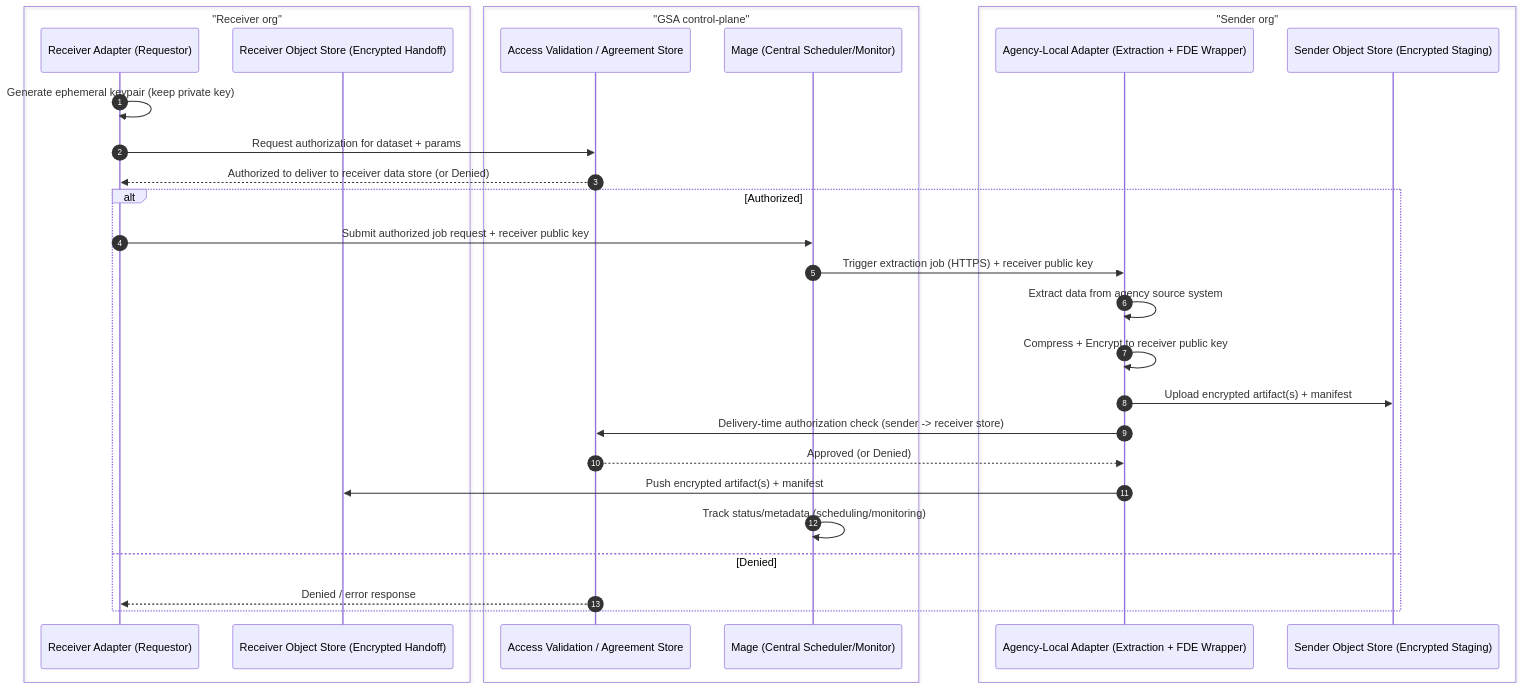
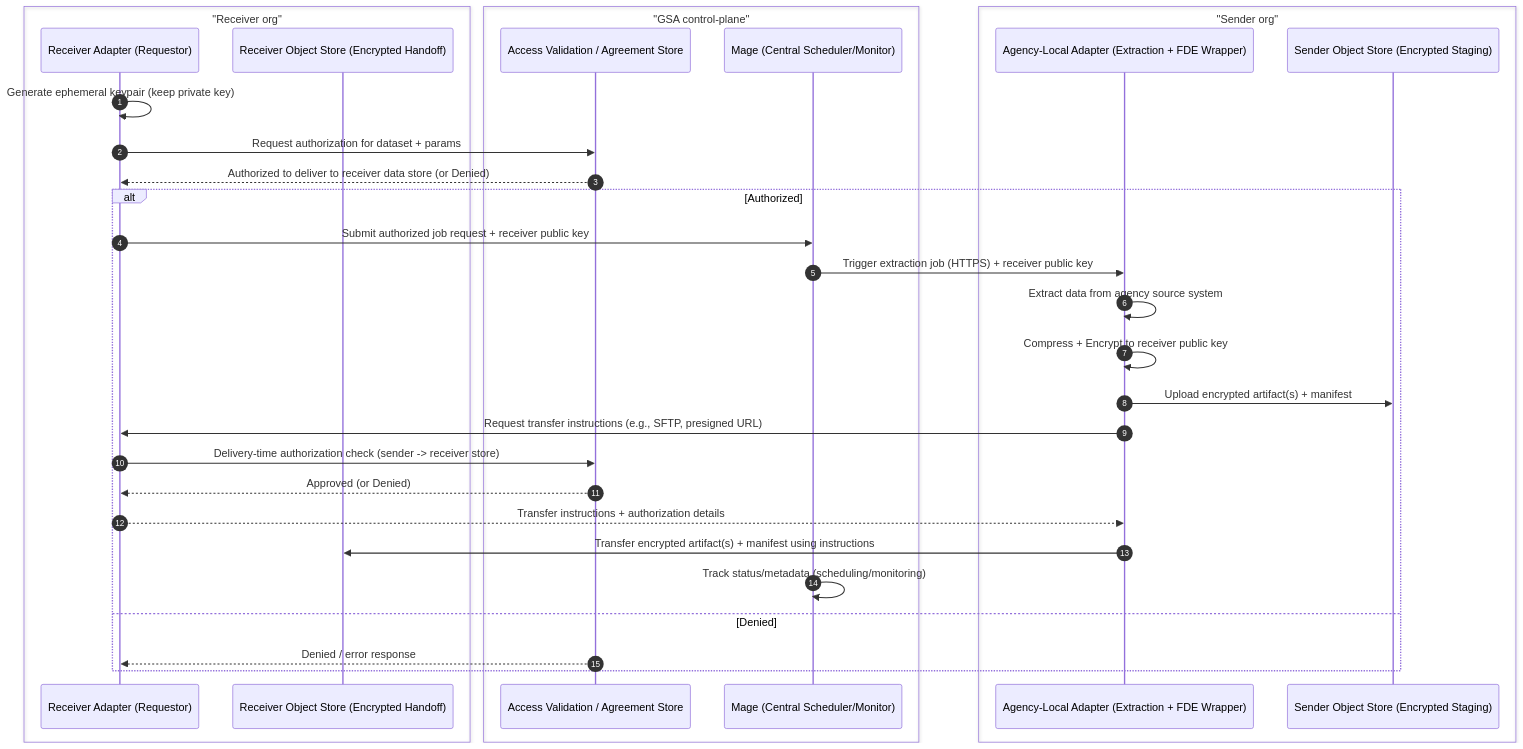
Before and after one commit to GSA-TTS/TTSE-Redwood: the fifth of 8 diagrams in docs/adr/0001-fde-architecture-diagrams.md, drawn with Mermaid. The commit also changed other lines of this file and 1 other file, not shown here.

First line of the commit message:
adr: update transfer handshake (receiver provides transfer instructions)

````diff
--- a/docs/adr/0001-fde-architecture-diagrams.md
+++ b/docs/adr/0001-fde-architecture-diagrams.md
@@ -139,34 +148,36 @@
 ```mermaid
 sequenceDiagram
   autonumber
   box "Receiver org"
     participant R as Receiver Adapter (Requestor)
     participant ROS as Receiver Object Store (Encrypted Handoff)
   end
   box "GSA control-plane"
     participant AV as Access Validation / Agreement Store
     participant M as Mage (Central Scheduler/Monitor)
   end
   box "Sender org"
     participant A as Agency-Local Adapter (Extraction + FDE Wrapper)
     participant SOS as Sender Object Store (Encrypted Staging)
   end
 
   R->>R: Generate ephemeral keypair (keep private key)
   R->>AV: Request authorization for dataset + params
   AV-->>R: Authorized to deliver to receiver data store (or Denied)
 
   alt Authorized
     R->>M: Submit authorized job request + receiver public key
     M->>A: Trigger extraction job (HTTPS) + receiver public key
     A->>A: Extract data from agency source system
     A->>A: Compress + Encrypt to receiver public key
     A->>SOS: Upload encrypted artifact(s) + manifest
-    A->>AV: Delivery-time authorization check (sender -> receiver store)
-    AV-->>A: Approved (or Denied)
-    A->>ROS: Push encrypted artifact(s) + manifest
+    A->>R: Request transfer instructions (e.g., SFTP, presigned URL)
+    R->>AV: Delivery-time authorization check (sender -> receiver store)
+    AV-->>R: Approved (or Denied)
+    R-->>A: Transfer instructions + authorization details
+    A->>ROS: Transfer encrypted artifact(s) + manifest using instructions
     M->>M: Track status/metadata (scheduling/monitoring)
   else Denied
     AV-->>R: Denied / error response
   end
 ```
````
